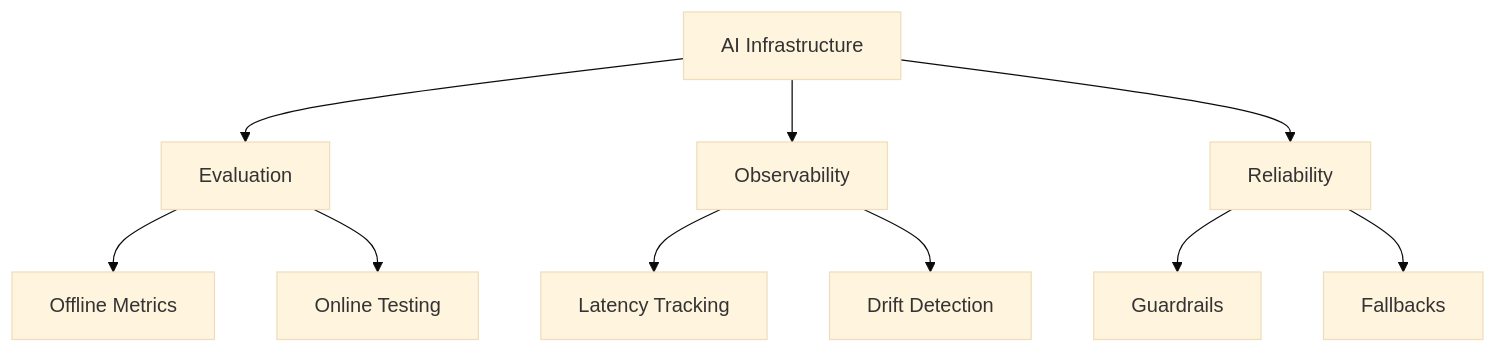
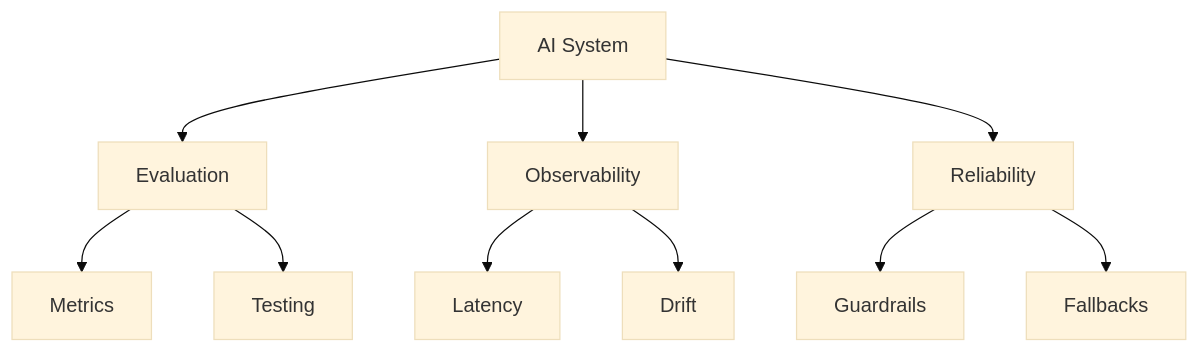
One commit to awesomeananth/awesomeananth changed the second of 3 diagrams in ReadMe.md. Above: the diagram before and after it, drawn with Mermaid (base theme). The commit also changed other lines of this file, not shown here.

Commit message:
feat: replace two architecture diagrams with a three-column layout including RAG/LLM and update the competencies list.

````diff
--- a/ReadMe.md
+++ b/ReadMe.md
@@ -112,12 +131,12 @@
 ```mermaid
 graph TD
-    A[AI Infrastructure] --> B[Evaluation]
+    A[AI System] --> B[Evaluation]
     A --> C[Observability]
     A --> D[Reliability]
-    B --> E[Offline Metrics]
-    B --> F[Online Testing]
-    C --> G[Latency Tracking]
-    C --> H[Drift Detection]
+    B --> E[Metrics]
+    B --> F[Testing]
+    C --> G[Latency]
+    C --> H[Drift]
     D --> I[Guardrails]
     D --> J[Fallbacks]
 ```
````
